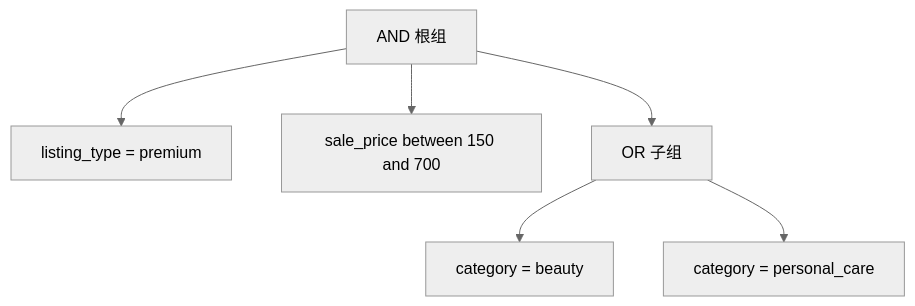
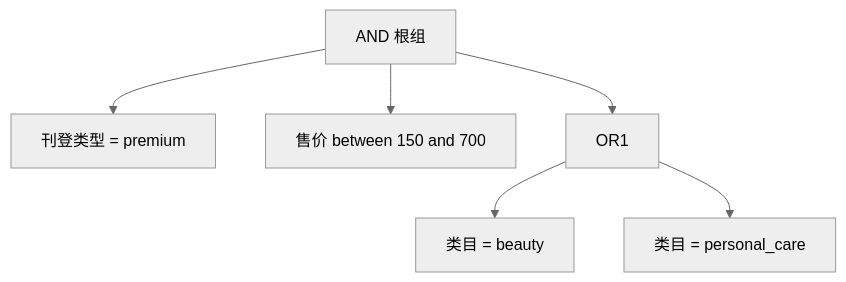
One commit to wei-py/profit changed the fifth of 6 diagrams in docs/excel-rule-architecture.md. Above: the diagram before and after it, drawn with Mermaid (neutral theme). The commit also changed other lines of this file and 28 other files, not shown here.

````diff
--- a/docs/excel-rule-architecture.md
+++ b/docs/excel-rule-architecture.md
@@ -183,15 +183,14 @@
 ```mermaid
 flowchart TD
     ROOT[AND 根组]
-    C1[listing_type = premium]
-    C2[sale_price between 150 and 700]
-    OR1[OR 子组]
-    C3[category = beauty]
-    C4[category = personal_care]
+    C1[刊登类型 = premium]
+    C2[售价 between 150 and 700]
+    C3[类目 = beauty]
+    C4[类目 = personal_care]
 
     ROOT --> C1
     ROOT --> C2
     ROOT --> OR1
     OR1 --> C3
     OR1 --> C4
 ```
````
